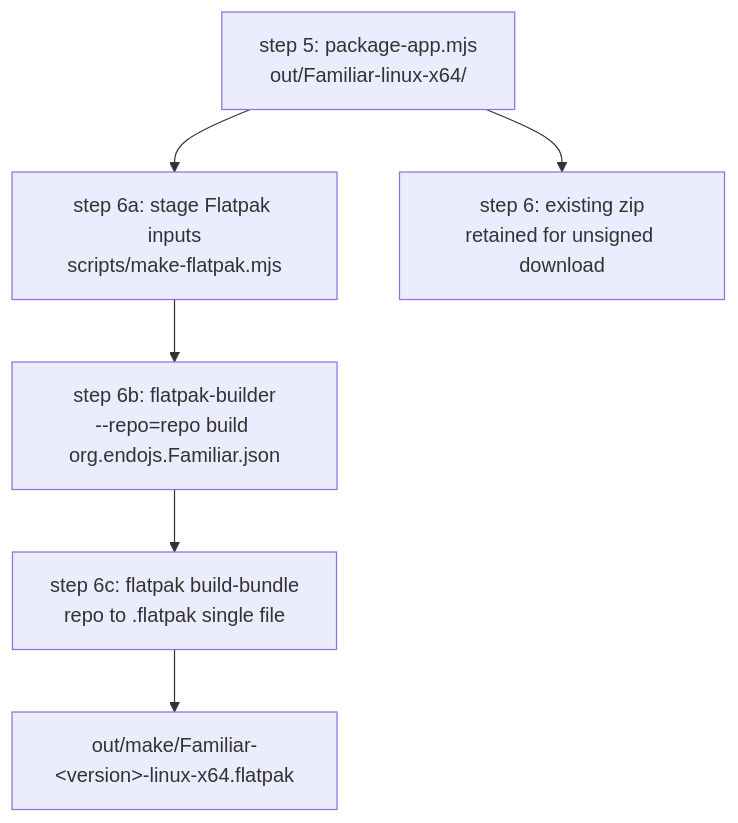
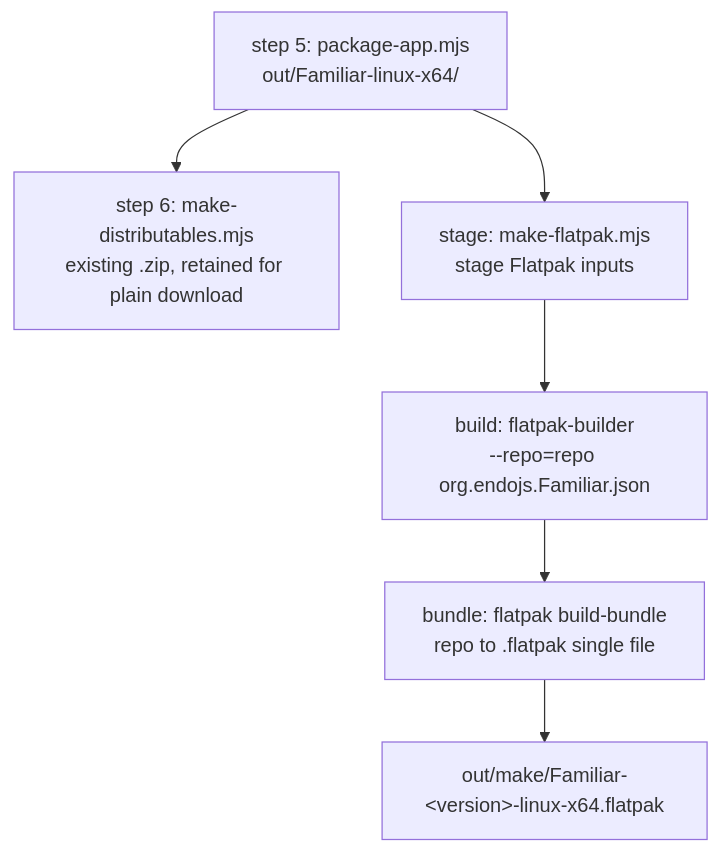
Before and after one commit to endojs/endo-but-for-bots: the diagram in designs/familiar-flatpak-pipeline.md, drawn with Mermaid. The commit also changed other lines of this file, not shown here.

````diff
--- a/designs/familiar-flatpak-pipeline.md
+++ b/designs/familiar-flatpak-pipeline.md
@@ -191,9 +214,8 @@
 ```mermaid
 flowchart TD
-  P[step 5: package-app.mjs<br/>out/Familiar-linux-x64/] --> A
-  A[step 6a: stage Flatpak inputs<br/>scripts/make-flatpak.mjs] --> B
-  B[step 6b: flatpak-builder<br/>--repo=repo build org.endojs.Familiar.json] --> C
-  C[step 6c: flatpak build-bundle<br/>repo to .flatpak single file] --> D
-  D[out/make/Familiar-&lt;version&gt;-linux-x64.flatpak]
-  P --> Z[step 6: existing zip<br/>retained for unsigned download]
+  P[step 5: package-app.mjs<br/>out/Familiar-linux-x64/] --> Z[step 6: make-distributables.mjs<br/>existing .zip, retained for plain download]
+  P --> A[stage: make-flatpak.mjs<br/>stage Flatpak inputs]
+  A --> B[build: flatpak-builder<br/>--repo=repo org.endojs.Familiar.json]
+  B --> C[bundle: flatpak build-bundle<br/>repo to .flatpak single file]
+  C --> D[out/make/Familiar-&lt;version&gt;-linux-x64.flatpak]
 ```
````
